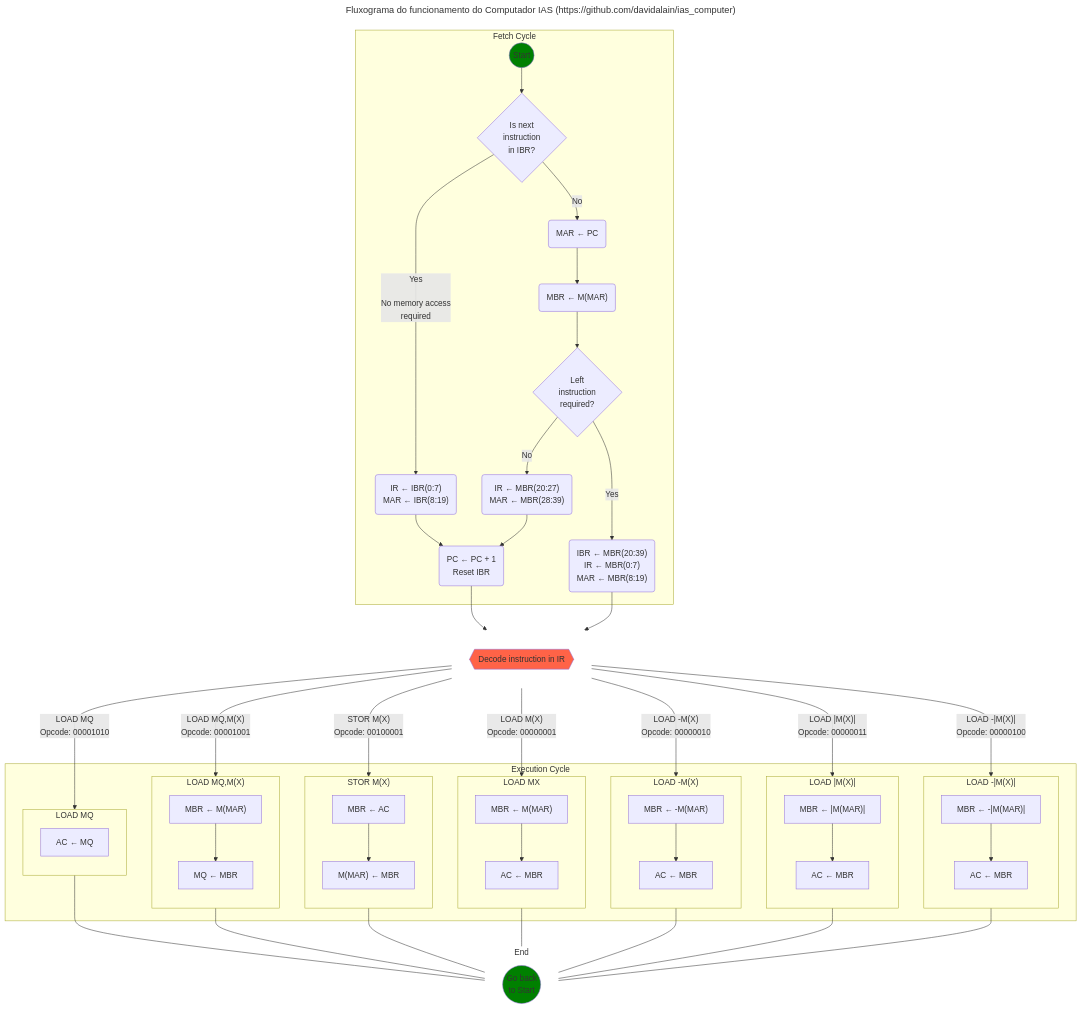
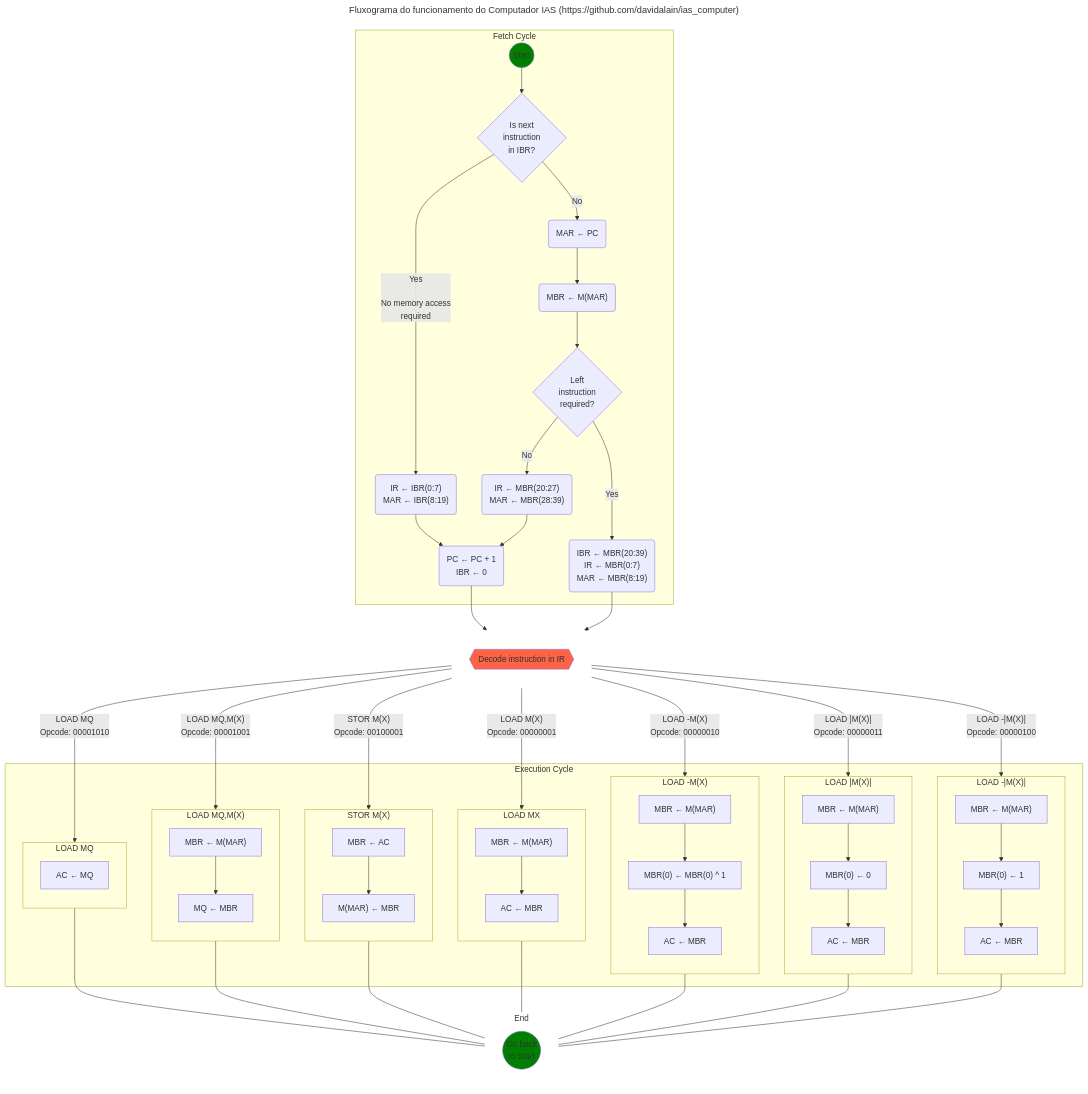
Before and after one commit to davidalain/ias_computer: the diagram in mmd_files/flowchart_instrucoes_transferencia_de_dados.mmd, drawn with Mermaid.

Commit message:
Correção na representação das operações.

```diff
--- a/mmd_files/flowchart_instrucoes_transferencia_de_dados.mmd
+++ b/mmd_files/flowchart_instrucoes_transferencia_de_dados.mmd
@@ -1,149 +1,156 @@
 ---
 title:  Fluxograma do funcionamento do Computador IAS (https://github.com/davidalain/ias_computer)
 ---
 flowchart TB
 
 subgraph _fetch_cycle_ [Fetch Cycle]
     START((Start)):::greenClass --> B{"Is next
     instruction 
     in IBR?"}
     B --> |"Yes
 
     No memory access
     required"| F("IR ← IBR(0:7)
     MAR ← IBR(8:19)")
     F --> I
     B --> |No| C("MAR ← PC")
     C --> D("MBR ← M(MAR)")
     D --> E{"Left
     instruction
     required?"}
     E --> |No| H("IR ← MBR(20:27)
     MAR ← MBR(28:39)")
     E --> |Yes| G("IBR ← MBR(20:39)
     IR ← MBR(0:7)
     MAR ← MBR(8:19)")
     H --> I("PC ← PC + 1
-    Reset IBR")
+    IBR ← 0")
 end
 
 subgraph _decode_ [ ]
     I --> DECODE
     G --> DECODE
     DECODE{{"Decode instruction in IR"}}:::orangeClass
 
     style _decode_ fill:transparent,stroke:transparent
 
     direction TB
 end
 
 
 subgraph _execution_cycle_ [Execution Cycle]
 
     %%%%  Instruções de transferência de dados
     %% [José Otávio Gurgel Souto](https://github.com/OTGSJ)
     %% [Fagner Timoteo da Silva](https://github.com/Othergamer1)
     %% [João Pedro Bezerra Oliveira](https://github.com/yJPBO)
 
     DECODE --->|"LOAD MQ
     Opcode: 00001010"| loadmq_sp
 
     subgraph loadmq_sp ["LOAD MQ"];
     %%Transfere o valor de MQ para AC
         loadmq01["AC ← MQ"]
         direction TB
     end
 
     DECODE --->|"LOAD MQ,M(X)
     Opcode: 00001001"| loadmqmx_sp
 
     subgraph loadmqmx_sp ["LOAD MQ,M(X)"];
     %%Transfere o valor de M(X) para MQ
             loadmqmx01["MBR ← M(MAR)"]
             loadmqmx02["MQ ← MBR"]
 
             loadmqmx01 --> loadmqmx02
             direction TB
     end
 
     DECODE --->|"STOR M(X)
     Opcode: 00100001"| stormx_sp
 
     subgraph stormx_sp ["STOR M(X)"];
     %%Transfere o valor de AC para para M(X)
             stormx01["MBR ← AC"]
             stormx02["M(MAR) ← MBR"]
 
             stormx01 --> stormx02
             direction TB
     end
 
     DECODE --->|"LOAD M(X)
     Opcode: 00000001"| loadmx_sp
 
     subgraph loadmx_sp["LOAD MX"];
     %%Transfere o valor de M(X) para AC
             loadmx01["MBR ← M(MAR)"]
             loadmx02["AC ← MBR"]
 
             loadmx01 --> loadmx02
             direction TB
     end
 
     DECODE --->|"LOAD -M(X)
     Opcode: 00000010"| loadminusmx_sp
 
     subgraph loadminusmx_sp ["LOAD -M(X)"];
     %%Transfere o valor negativo de M(X) para AC 
-            loadminusmx01["MBR ← -M(MAR)"]
-            loadminusmx02["AC ← MBR"]
+            loadminusmx01["MBR ← M(MAR)"]
+            loadminusmx02["MBR(0) ← MBR(0) ^ 1"]
+            loadminusmx03["AC ← MBR"]
 
             loadminusmx01 --> loadminusmx02
+            loadminusmx02 --> loadminusmx03
             direction TB
     end
 
     DECODE --->|"LOAD |M(X)|
     Opcode: 00000011"| loadabsolutemx_sp
 
     subgraph loadabsolutemx_sp["LOAD |M(X)|"];
     %%Transfere o valor absoluto de M(X) para AC
-            loadabsolutemx01["MBR ← |M(MAR)|"]
-            loadabsolutemx02["AC ← MBR"]
+            loadabsolutemx01["MBR ← M(MAR)"]
+            loadabsolutemx02["MBR(0) ← 0"]
+            loadabsolutemx03["AC ← MBR"]
 
             loadabsolutemx01 --> loadabsolutemx02
+            loadabsolutemx02 --> loadabsolutemx03
             direction TB
     end
 
     DECODE --->|"LOAD -|M(X)|
     Opcode: 00000100"| loadminusabsolutemx_sp
 
     subgraph loadminusabsolutemx_sp["LOAD -|M(X)|"];
     %%Transfere o valor absoluto negativo de M(X) para AC
-            loadminusabsolutemx01["MBR ← -|M(MAR)|"]
-            loadminusabsolutemx02["AC ← MBR"]
+            loadminusabsolutemx01["MBR ← M(MAR)"]
+            loadminusabsolutemx02["MBR(0) ← 1"]
+            loadminusabsolutemx03["AC ← MBR"]
 
             loadminusabsolutemx01 --> loadminusabsolutemx02
+            loadminusabsolutemx02 --> loadminusabsolutemx03
             direction TB
     end
 	
 end
 
 subgraph _end_ [End]
     style _end_ fill:transparent,stroke:transparent
 
     END(("Go back
     to Start")):::greenClass
 
     loadmq_sp --- END
     loadmqmx_sp --- END
     stormx_sp --- END
     loadmx_sp--- END
     loadminusmx_sp --- END
     loadabsolutemx_sp --- END
     loadminusabsolutemx_sp --- END
 	
     direction TB
 end
 
 classDef greenClass fill:#008000
 classDef orangeClass fill:#FF6347
+classDef redFontClass color:#FF0000
```
